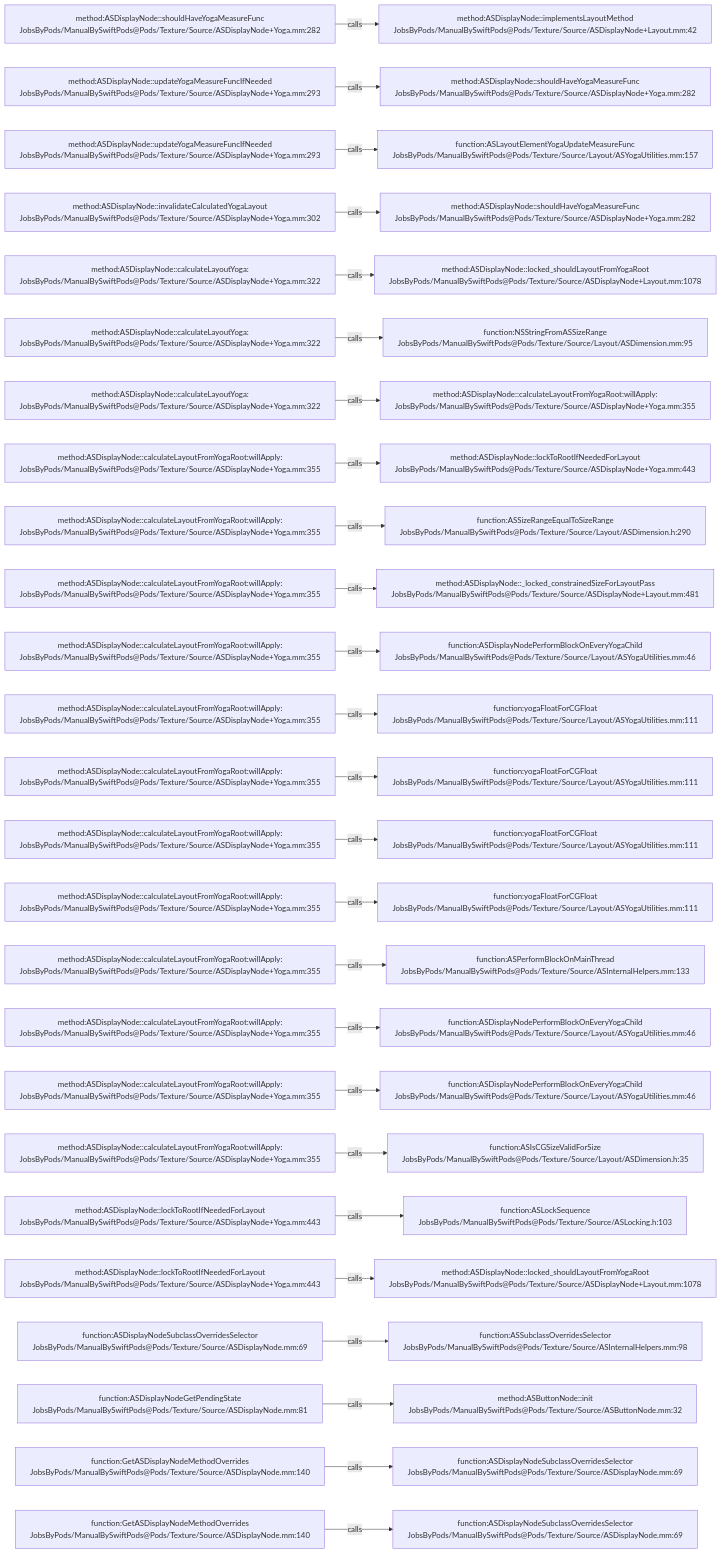
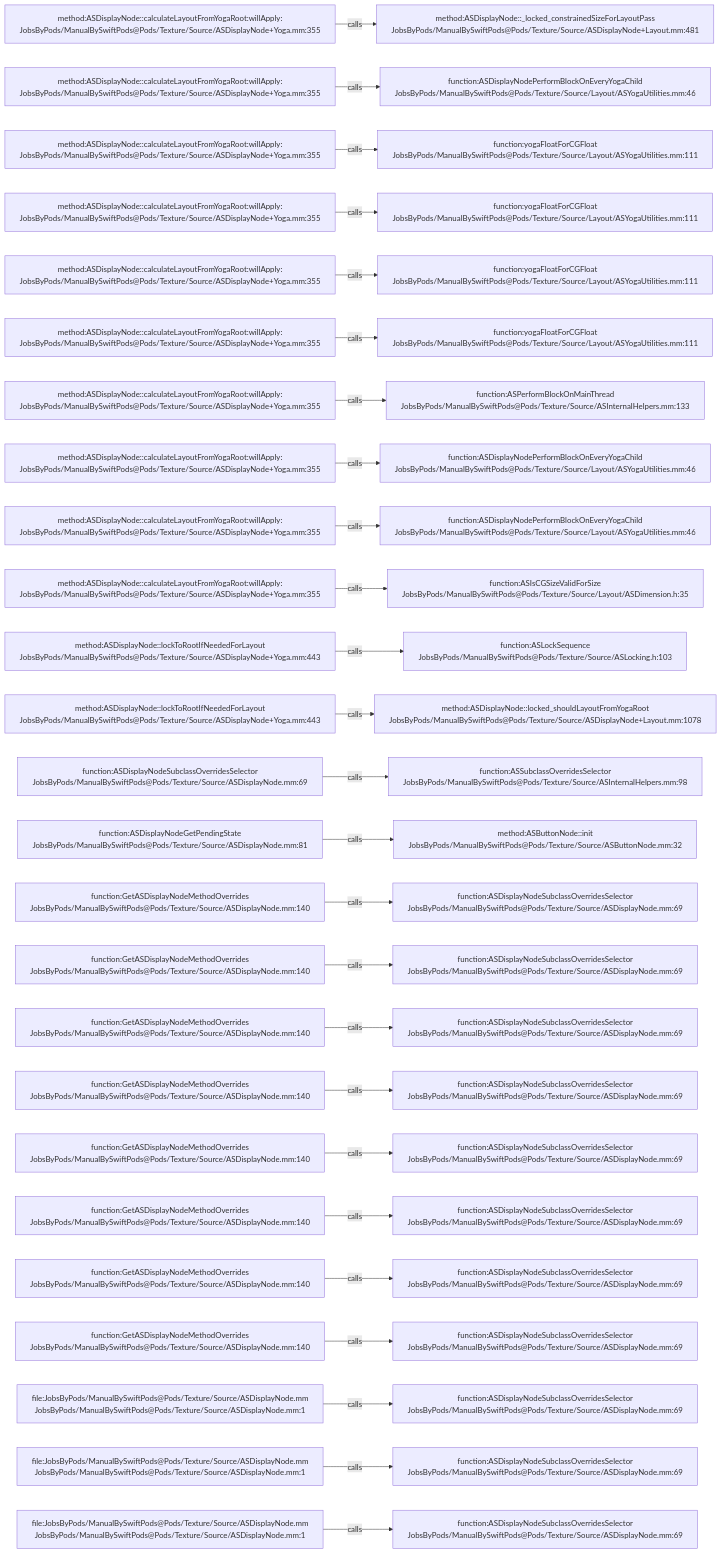
One commit to JobsKits/JobsSwiftBaseConfigDemo changed the diagram in .codegraph/codegraph.md/graphs/calls-026.md. Above: the diagram before and after it, drawn with Mermaid. The commit also changed 707 other files, not shown here.

````diff
--- a/.codegraph/codegraph.md/graphs/calls-026.md
+++ b/.codegraph/codegraph.md/graphs/calls-026.md
@@ -13,78 +13,78 @@
 ```mermaid
 flowchart LR
-  S1["method:ASDisplayNode::shouldHaveYogaMeasureFunc<br/>JobsByPods/ManualBySwiftPods@Pods/Texture/Source/ASDisplayNode+Yoga.mm:282"]
-  T1["method:ASDisplayNode::implementsLayoutMethod<br/>JobsByPods/ManualBySwiftPods@Pods/Texture/Source/ASDisplayNode+Layout.mm:42"]
+  S1["method:ASDisplayNode::calculateLayoutFromYogaRoot:willApply:<br/>JobsByPods/ManualBySwiftPods@Pods/Texture/Source/ASDisplayNode+Yoga.mm:355"]
+  T1["method:ASDisplayNode::_locked_constrainedSizeForLayoutPass<br/>JobsByPods/ManualBySwiftPods@Pods/Texture/Source/ASDisplayNode+Layout.mm:481"]
   S1 -->|calls| T1
-  S2["method:ASDisplayNode::updateYogaMeasureFuncIfNeeded<br/>JobsByPods/ManualBySwiftPods@Pods/Texture/Source/ASDisplayNode+Yoga.mm:293"]
-  T2["method:ASDisplayNode::shouldHaveYogaMeasureFunc<br/>JobsByPods/ManualBySwiftPods@Pods/Texture/Source/ASDisplayNode+Yoga.mm:282"]
+  S2["method:ASDisplayNode::calculateLayoutFromYogaRoot:willApply:<br/>JobsByPods/ManualBySwiftPods@Pods/Texture/Source/ASDisplayNode+Yoga.mm:355"]
+  T2["function:ASDisplayNodePerformBlockOnEveryYogaChild<br/>JobsByPods/ManualBySwiftPods@Pods/Texture/Source/Layout/ASYogaUtilities.mm:46"]
   S2 -->|calls| T2
-  S3["method:ASDisplayNode::updateYogaMeasureFuncIfNeeded<br/>JobsByPods/ManualBySwiftPods@Pods/Texture/Source/ASDisplayNode+Yoga.mm:293"]
-  T3["function:ASLayoutElementYogaUpdateMeasureFunc<br/>JobsByPods/ManualBySwiftPods@Pods/Texture/Source/Layout/ASYogaUtilities.mm:157"]
+  S3["method:ASDisplayNode::calculateLayoutFromYogaRoot:willApply:<br/>JobsByPods/ManualBySwiftPods@Pods/Texture/Source/ASDisplayNode+Yoga.mm:355"]
+  T3["function:yogaFloatForCGFloat<br/>JobsByPods/ManualBySwiftPods@Pods/Texture/Source/Layout/ASYogaUtilities.mm:111"]
   S3 -->|calls| T3
-  S4["method:ASDisplayNode::invalidateCalculatedYogaLayout<br/>JobsByPods/ManualBySwiftPods@Pods/Texture/Source/ASDisplayNode+Yoga.mm:302"]
-  T4["method:ASDisplayNode::shouldHaveYogaMeasureFunc<br/>JobsByPods/ManualBySwiftPods@Pods/Texture/Source/ASDisplayNode+Yoga.mm:282"]
+  S4["method:ASDisplayNode::calculateLayoutFromYogaRoot:willApply:<br/>JobsByPods/ManualBySwiftPods@Pods/Texture/Source/ASDisplayNode+Yoga.mm:355"]
+  T4["function:yogaFloatForCGFloat<br/>JobsByPods/ManualBySwiftPods@Pods/Texture/Source/Layout/ASYogaUtilities.mm:111"]
   S4 -->|calls| T4
-  S5["method:ASDisplayNode::calculateLayoutYoga:<br/>JobsByPods/ManualBySwiftPods@Pods/Texture/Source/ASDisplayNode+Yoga.mm:322"]
-  T5["method:ASDisplayNode::locked_shouldLayoutFromYogaRoot<br/>JobsByPods/ManualBySwiftPods@Pods/Texture/Source/ASDisplayNode+Layout.mm:1078"]
+  S5["method:ASDisplayNode::calculateLayoutFromYogaRoot:willApply:<br/>JobsByPods/ManualBySwiftPods@Pods/Texture/Source/ASDisplayNode+Yoga.mm:355"]
+  T5["function:yogaFloatForCGFloat<br/>JobsByPods/ManualBySwiftPods@Pods/Texture/Source/Layout/ASYogaUtilities.mm:111"]
   S5 -->|calls| T5
-  S6["method:ASDisplayNode::calculateLayoutYoga:<br/>JobsByPods/ManualBySwiftPods@Pods/Texture/Source/ASDisplayNode+Yoga.mm:322"]
-  T6["function:NSStringFromASSizeRange<br/>JobsByPods/ManualBySwiftPods@Pods/Texture/Source/Layout/ASDimension.mm:95"]
+  S6["method:ASDisplayNode::calculateLayoutFromYogaRoot:willApply:<br/>JobsByPods/ManualBySwiftPods@Pods/Texture/Source/ASDisplayNode+Yoga.mm:355"]
+  T6["function:yogaFloatForCGFloat<br/>JobsByPods/ManualBySwiftPods@Pods/Texture/Source/Layout/ASYogaUtilities.mm:111"]
   S6 -->|calls| T6
-  S7["method:ASDisplayNode::calculateLayoutYoga:<br/>JobsByPods/ManualBySwiftPods@Pods/Texture/Source/ASDisplayNode+Yoga.mm:322"]
-  T7["method:ASDisplayNode::calculateLayoutFromYogaRoot:willApply:<br/>JobsByPods/ManualBySwiftPods@Pods/Texture/Source/ASDisplayNode+Yoga.mm:355"]
+  S7["method:ASDisplayNode::calculateLayoutFromYogaRoot:willApply:<br/>JobsByPods/ManualBySwiftPods@Pods/Texture/Source/ASDisplayNode+Yoga.mm:355"]
+  T7["function:ASPerformBlockOnMainThread<br/>JobsByPods/ManualBySwiftPods@Pods/Texture/Source/ASInternalHelpers.mm:133"]
   S7 -->|calls| T7
   S8["method:ASDisplayNode::calculateLayoutFromYogaRoot:willApply:<br/>JobsByPods/ManualBySwiftPods@Pods/Texture/Source/ASDisplayNode+Yoga.mm:355"]
-  T8["method:ASDisplayNode::lockToRootIfNeededForLayout<br/>JobsByPods/ManualBySwiftPods@Pods/Texture/Source/ASDisplayNode+Yoga.mm:443"]
+  T8["function:ASDisplayNodePerformBlockOnEveryYogaChild<br/>JobsByPods/ManualBySwiftPods@Pods/Texture/Source/Layout/ASYogaUtilities.mm:46"]
   S8 -->|calls| T8
   S9["method:ASDisplayNode::calculateLayoutFromYogaRoot:willApply:<br/>JobsByPods/ManualBySwiftPods@Pods/Texture/Source/ASDisplayNode+Yoga.mm:355"]
-  T9["function:ASSizeRangeEqualToSizeRange<br/>JobsByPods/ManualBySwiftPods@Pods/Texture/Source/Layout/ASDimension.h:290"]
+  T9["function:ASDisplayNodePerformBlockOnEveryYogaChild<br/>JobsByPods/ManualBySwiftPods@Pods/Texture/Source/Layout/ASYogaUtilities.mm:46"]
   S9 -->|calls| T9
   S10["method:ASDisplayNode::calculateLayoutFromYogaRoot:willApply:<br/>JobsByPods/ManualBySwiftPods@Pods/Texture/Source/ASDisplayNode+Yoga.mm:355"]
-  T10["method:ASDisplayNode::_locked_constrainedSizeForLayoutPass<br/>JobsByPods/ManualBySwiftPods@Pods/Texture/Source/ASDisplayNode+Layout.mm:481"]
+  T10["function:ASIsCGSizeValidForSize<br/>JobsByPods/ManualBySwiftPods@Pods/Texture/Source/Layout/ASDimension.h:35"]
   S10 -->|calls| T10
-  S11["method:ASDisplayNode::calculateLayoutFromYogaRoot:willApply:<br/>JobsByPods/ManualBySwiftPods@Pods/Texture/Source/ASDisplayNode+Yoga.mm:355"]
-  T11["function:ASDisplayNodePerformBlockOnEveryYogaChild<br/>JobsByPods/ManualBySwiftPods@Pods/Texture/Source/Layout/ASYogaUtilities.mm:46"]
+  S11["method:ASDisplayNode::lockToRootIfNeededForLayout<br/>JobsByPods/ManualBySwiftPods@Pods/Texture/Source/ASDisplayNode+Yoga.mm:443"]
+  T11["function:ASLockSequence<br/>JobsByPods/ManualBySwiftPods@Pods/Texture/Source/ASLocking.h:103"]
   S11 -->|calls| T11
-  S12["method:ASDisplayNode::calculateLayoutFromYogaRoot:willApply:<br/>JobsByPods/ManualBySwiftPods@Pods/Texture/Source/ASDisplayNode+Yoga.mm:355"]
-  T12["function:yogaFloatForCGFloat<br/>JobsByPods/ManualBySwiftPods@Pods/Texture/Source/Layout/ASYogaUtilities.mm:111"]
+  S12["method:ASDisplayNode::lockToRootIfNeededForLayout<br/>JobsByPods/ManualBySwiftPods@Pods/Texture/Source/ASDisplayNode+Yoga.mm:443"]
+  T12["method:ASDisplayNode::locked_shouldLayoutFromYogaRoot<br/>JobsByPods/ManualBySwiftPods@Pods/Texture/Source/ASDisplayNode+Layout.mm:1078"]
   S12 -->|calls| T12
-  S13["method:ASDisplayNode::calculateLayoutFromYogaRoot:willApply:<br/>JobsByPods/ManualBySwiftPods@Pods/Texture/Source/ASDisplayNode+Yoga.mm:355"]
-  T13["function:yogaFloatForCGFloat<br/>JobsByPods/ManualBySwiftPods@Pods/Texture/Source/Layout/ASYogaUtilities.mm:111"]
+  S13["function:ASDisplayNodeSubclassOverridesSelector<br/>JobsByPods/ManualBySwiftPods@Pods/Texture/Source/ASDisplayNode.mm:69"]
+  T13["function:ASSubclassOverridesSelector<br/>JobsByPods/ManualBySwiftPods@Pods/Texture/Source/ASInternalHelpers.mm:98"]
   S13 -->|calls| T13
-  S14["method:ASDisplayNode::calculateLayoutFromYogaRoot:willApply:<br/>JobsByPods/ManualBySwiftPods@Pods/Texture/Source/ASDisplayNode+Yoga.mm:355"]
-  T14["function:yogaFloatForCGFloat<br/>JobsByPods/ManualBySwiftPods@Pods/Texture/Source/Layout/ASYogaUtilities.mm:111"]
+  S14["function:ASDisplayNodeGetPendingState<br/>JobsByPods/ManualBySwiftPods@Pods/Texture/Source/ASDisplayNode.mm:81"]
+  T14["method:ASButtonNode::init<br/>JobsByPods/ManualBySwiftPods@Pods/Texture/Source/ASButtonNode.mm:32"]
   S14 -->|calls| T14
-  S15["method:ASDisplayNode::calculateLayoutFromYogaRoot:willApply:<br/>JobsByPods/ManualBySwiftPods@Pods/Texture/Source/ASDisplayNode+Yoga.mm:355"]
-  T15["function:yogaFloatForCGFloat<br/>JobsByPods/ManualBySwiftPods@Pods/Texture/Source/Layout/ASYogaUtilities.mm:111"]
+  S15["function:GetASDisplayNodeMethodOverrides<br/>JobsByPods/ManualBySwiftPods@Pods/Texture/Source/ASDisplayNode.mm:140"]
+  T15["function:ASDisplayNodeSubclassOverridesSelector<br/>JobsByPods/ManualBySwiftPods@Pods/Texture/Source/ASDisplayNode.mm:69"]
   S15 -->|calls| T15
-  S16["method:ASDisplayNode::calculateLayoutFromYogaRoot:willApply:<br/>JobsByPods/ManualBySwiftPods@Pods/Texture/Source/ASDisplayNode+Yoga.mm:355"]
-  T16["function:ASPerformBlockOnMainThread<br/>JobsByPods/ManualBySwiftPods@Pods/Texture/Source/ASInternalHelpers.mm:133"]
+  S16["function:GetASDisplayNodeMethodOverrides<br/>JobsByPods/ManualBySwiftPods@Pods/Texture/Source/ASDisplayNode.mm:140"]
+  T16["function:ASDisplayNodeSubclassOverridesSelector<br/>JobsByPods/ManualBySwiftPods@Pods/Texture/Source/ASDisplayNode.mm:69"]
   S16 -->|calls| T16
-  S17["method:ASDisplayNode::calculateLayoutFromYogaRoot:willApply:<br/>JobsByPods/ManualBySwiftPods@Pods/Texture/Source/ASDisplayNode+Yoga.mm:355"]
-  T17["function:ASDisplayNodePerformBlockOnEveryYogaChild<br/>JobsByPods/ManualBySwiftPods@Pods/Texture/Source/Layout/ASYogaUtilities.mm:46"]
+  S17["function:GetASDisplayNodeMethodOverrides<br/>JobsByPods/ManualBySwiftPods@Pods/Texture/Source/ASDisplayNode.mm:140"]
+  T17["function:ASDisplayNodeSubclassOverridesSelector<br/>JobsByPods/ManualBySwiftPods@Pods/Texture/Source/ASDisplayNode.mm:69"]
   S17 -->|calls| T17
-  S18["method:ASDisplayNode::calculateLayoutFromYogaRoot:willApply:<br/>JobsByPods/ManualBySwiftPods@Pods/Texture/Source/ASDisplayNode+Yoga.mm:355"]
-  T18["function:ASDisplayNodePerformBlockOnEveryYogaChild<br/>JobsByPods/ManualBySwiftPods@Pods/Texture/Source/Layout/ASYogaUtilities.mm:46"]
+  S18["function:GetASDisplayNodeMethodOverrides<br/>JobsByPods/ManualBySwiftPods@Pods/Texture/Source/ASDisplayNode.mm:140"]
+  T18["function:ASDisplayNodeSubclassOverridesSelector<br/>JobsByPods/ManualBySwiftPods@Pods/Texture/Source/ASDisplayNode.mm:69"]
   S18 -->|calls| T18
-  S19["method:ASDisplayNode::calculateLayoutFromYogaRoot:willApply:<br/>JobsByPods/ManualBySwiftPods@Pods/Texture/Source/ASDisplayNode+Yoga.mm:355"]
-  T19["function:ASIsCGSizeValidForSize<br/>JobsByPods/ManualBySwiftPods@Pods/Texture/Source/Layout/ASDimension.h:35"]
+  S19["function:GetASDisplayNodeMethodOverrides<br/>JobsByPods/ManualBySwiftPods@Pods/Texture/Source/ASDisplayNode.mm:140"]
+  T19["function:ASDisplayNodeSubclassOverridesSelector<br/>JobsByPods/ManualBySwiftPods@Pods/Texture/Source/ASDisplayNode.mm:69"]
   S19 -->|calls| T19
-  S20["method:ASDisplayNode::lockToRootIfNeededForLayout<br/>JobsByPods/ManualBySwiftPods@Pods/Texture/Source/ASDisplayNode+Yoga.mm:443"]
-  T20["function:ASLockSequence<br/>JobsByPods/ManualBySwiftPods@Pods/Texture/Source/ASLocking.h:103"]
+  S20["function:GetASDisplayNodeMethodOverrides<br/>JobsByPods/ManualBySwiftPods@Pods/Texture/Source/ASDisplayNode.mm:140"]
+  T20["function:ASDisplayNodeSubclassOverridesSelector<br/>JobsByPods/ManualBySwiftPods@Pods/Texture/Source/ASDisplayNode.mm:69"]
   S20 -->|calls| T20
-  S21["method:ASDisplayNode::lockToRootIfNeededForLayout<br/>JobsByPods/ManualBySwiftPods@Pods/Texture/Source/ASDisplayNode+Yoga.mm:443"]
-  T21["method:ASDisplayNode::locked_shouldLayoutFromYogaRoot<br/>JobsByPods/ManualBySwiftPods@Pods/Texture/Source/ASDisplayNode+Layout.mm:1078"]
+  S21["function:GetASDisplayNodeMethodOverrides<br/>JobsByPods/ManualBySwiftPods@Pods/Texture/Source/ASDisplayNode.mm:140"]
+  T21["function:ASDisplayNodeSubclassOverridesSelector<br/>JobsByPods/ManualBySwiftPods@Pods/Texture/Source/ASDisplayNode.mm:69"]
   S21 -->|calls| T21
-  S22["function:ASDisplayNodeSubclassOverridesSelector<br/>JobsByPods/ManualBySwiftPods@Pods/Texture/Source/ASDisplayNode.mm:69"]
-  T22["function:ASSubclassOverridesSelector<br/>JobsByPods/ManualBySwiftPods@Pods/Texture/Source/ASInternalHelpers.mm:98"]
+  S22["function:GetASDisplayNodeMethodOverrides<br/>JobsByPods/ManualBySwiftPods@Pods/Texture/Source/ASDisplayNode.mm:140"]
+  T22["function:ASDisplayNodeSubclassOverridesSelector<br/>JobsByPods/ManualBySwiftPods@Pods/Texture/Source/ASDisplayNode.mm:69"]
   S22 -->|calls| T22
-  S23["function:ASDisplayNodeGetPendingState<br/>JobsByPods/ManualBySwiftPods@Pods/Texture/Source/ASDisplayNode.mm:81"]
-  T23["method:ASButtonNode::init<br/>JobsByPods/ManualBySwiftPods@Pods/Texture/Source/ASButtonNode.mm:32"]
+  S23["file:JobsByPods/ManualBySwiftPods@Pods/Texture/Source/ASDisplayNode.mm<br/>JobsByPods/ManualBySwiftPods@Pods/Texture/Source/ASDisplayNode.mm:1"]
+  T23["function:ASDisplayNodeSubclassOverridesSelector<br/>JobsByPods/ManualBySwiftPods@Pods/Texture/Source/ASDisplayNode.mm:69"]
   S23 -->|calls| T23
-  S24["function:GetASDisplayNodeMethodOverrides<br/>JobsByPods/ManualBySwiftPods@Pods/Texture/Source/ASDisplayNode.mm:140"]
+  S24["file:JobsByPods/ManualBySwiftPods@Pods/Texture/Source/ASDisplayNode.mm<br/>JobsByPods/ManualBySwiftPods@Pods/Texture/Source/ASDisplayNode.mm:1"]
   T24["function:ASDisplayNodeSubclassOverridesSelector<br/>JobsByPods/ManualBySwiftPods@Pods/Texture/Source/ASDisplayNode.mm:69"]
   S24 -->|calls| T24
-  S25["function:GetASDisplayNodeMethodOverrides<br/>JobsByPods/ManualBySwiftPods@Pods/Texture/Source/ASDisplayNode.mm:140"]
+  S25["file:JobsByPods/ManualBySwiftPods@Pods/Texture/Source/ASDisplayNode.mm<br/>JobsByPods/ManualBySwiftPods@Pods/Texture/Source/ASDisplayNode.mm:1"]
   T25["function:ASDisplayNodeSubclassOverridesSelector<br/>JobsByPods/ManualBySwiftPods@Pods/Texture/Source/ASDisplayNode.mm:69"]
   S25 -->|calls| T25
 ```
````
